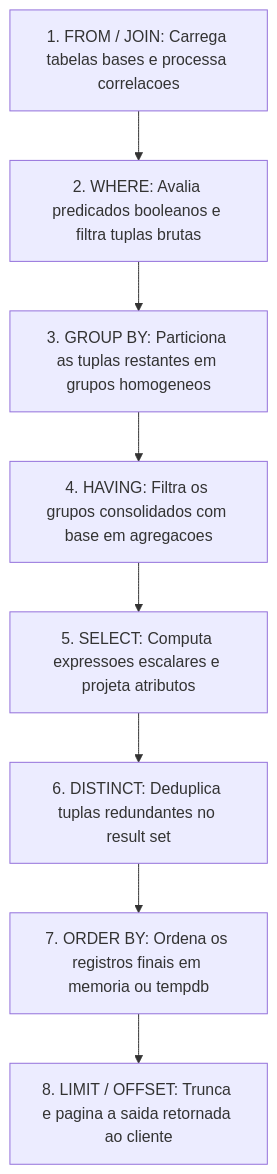
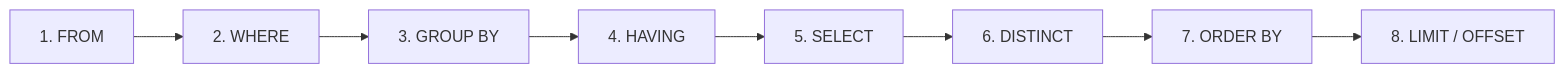
The ninth of 12 diagrams in 3º Semestre/[Prof. Guilherme de Morais] Banco de Dados II/Resumos-IA/Simulados-Comentados.md (murilolol/unifef), drawn with Mermaid before and after one commit. The commit also changed other lines of this file and 40 other files, not shown here.

````diff
--- a/3º Semestre/[Prof. Guilherme de Morais] Banco de Dados II/Resumos-IA/Simulados-Comentados.md
+++ b/3º Semestre/[Prof. Guilherme de Morais] Banco de Dados II/Resumos-IA/Simulados-Comentados.md
@@ -752,10 +754,10 @@
 ```mermaid
-flowchart TD
-  Etapa1["1. FROM / JOIN: Carrega tabelas bases e processa correlacoes"] --> Etapa2["2. WHERE: Avalia predicados booleanos e filtra tuplas brutas"]
-  Etapa2 --> Etapa3["3. GROUP BY: Particiona as tuplas restantes em grupos homogeneos"]
-  Etapa3 --> Etapa4["4. HAVING: Filtra os grupos consolidados com base em agregacoes"]
-  Etapa4 --> Etapa5["5. SELECT: Computa expressoes escalares e projeta atributos"]
-  Etapa5 --> Etapa6["6. DISTINCT: Deduplica tuplas redundantes no result set"]
-  Etapa6 --> Etapa7["7. ORDER BY: Ordena os registros finais em memoria ou tempdb"]
-  Etapa7 --> Etapa8["8. LIMIT / OFFSET: Trunca e pagina a saida retornada ao cliente"]
+flowchart LR
+    F["1. FROM"] --> W["2. WHERE"]
+    W --> G["3. GROUP BY"]
+    G --> H["4. HAVING"]
+    H --> S["5. SELECT"]
+    S --> D["6. DISTINCT"]
+    D --> O["7. ORDER BY"]
+    O --> L["8. LIMIT / OFFSET"]
 ```
````
